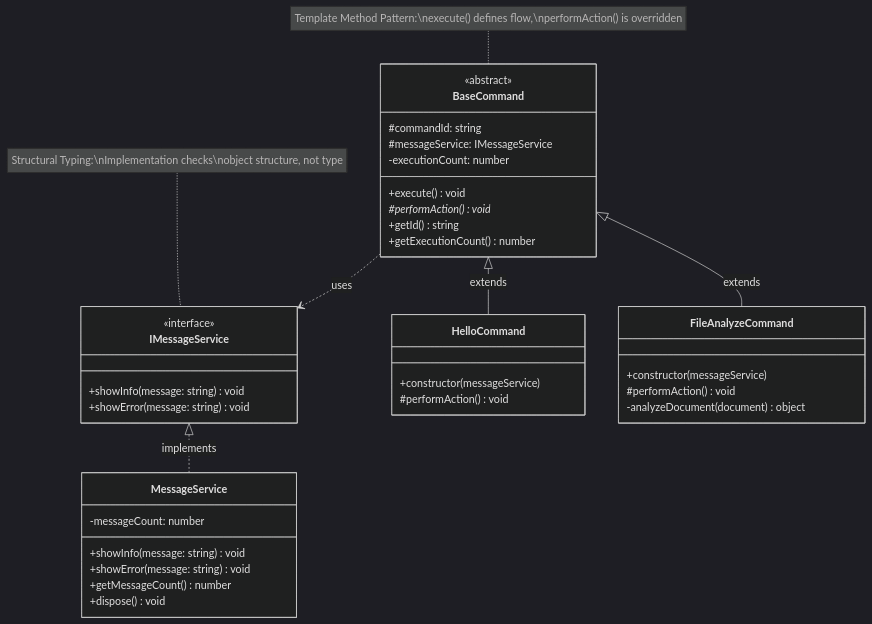
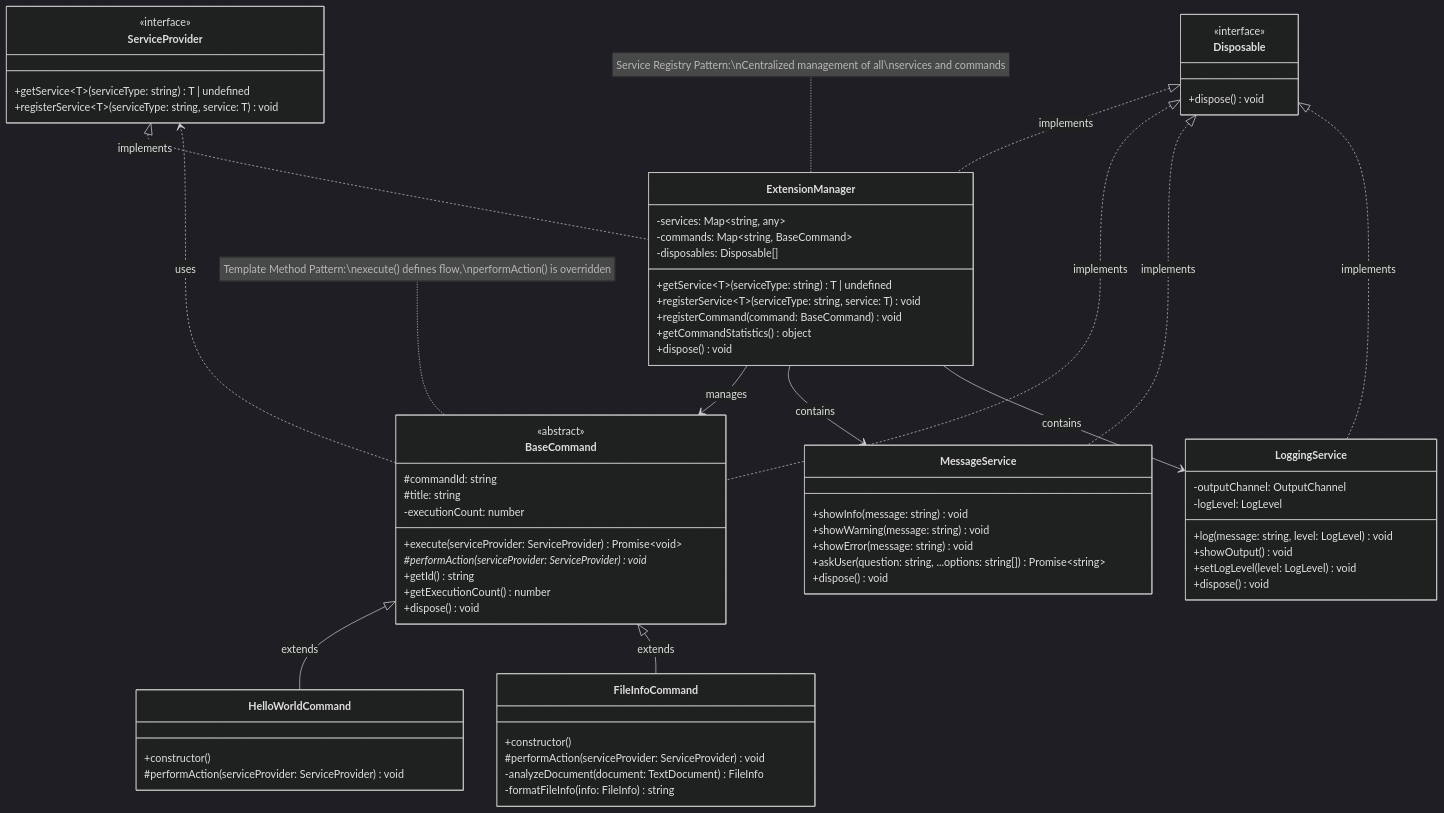
One commit to nanolon/demo changed the second of 3 diagrams in README.md. Above: the diagram before and after it, drawn with Mermaid (dark theme). The commit also changed other lines of this file and 1 other file, not shown here.

````diff
--- a/README.md
+++ b/README.md
@@ -60,46 +105,83 @@
 ```mermaid
 classDiagram
-    class IMessageService {
+    class ServiceProvider {
         <<interface>>
-        +showInfo(message: string) void
-        +showError(message: string) void
+        +getService~T~(serviceType: string) T | undefined
+        +registerService~T~(serviceType: string, service: T) void
     }
     
-    class MessageService {
-        -messageCount: number
-        +showInfo(message: string) void
-        +showError(message: string) void
-        +getMessageCount() number
+    class Disposable {
+        <<interface>>
+        +dispose() void
+    }
+    
+    class ExtensionManager {
+        -services: Map~string, any~
+        -commands: Map~string, BaseCommand~
+        -disposables: Disposable[]
+        +getService~T~(serviceType: string) T | undefined
+        +registerService~T~(serviceType: string, service: T) void
+        +registerCommand(command: BaseCommand) void
+        +getCommandStatistics() object
         +dispose() void
     }
     
     class BaseCommand {
         <<abstract>>
         #commandId: string
-        #messageService: IMessageService
+        #title: string
         -executionCount: number
-        +execute() void
-        #performAction() void*
+        +execute(serviceProvider: ServiceProvider) Promise~void~
+        #performAction(serviceProvider: ServiceProvider) void*
         +getId() string
         +getExecutionCount() number
+        +dispose() void
     }
     
-    class HelloCommand {
-        +constructor(messageService)
-        #performAction() void
+    class MessageService {
+        +showInfo(message: string) void
+        +showWarning(message: string) void
+        +showError(message: string) void
+        +askUser(question: string, ...options: string[]) Promise~string~
+        +dispose() void
     }
     
-    class FileAnalyzeCommand {
-        +constructor(messageService)
-        #performAction() void
-        -analyzeDocument(document) object
+    class LoggingService {
+        -outputChannel: OutputChannel
+        -logLevel: LogLevel
+        +log(message: string, level: LogLevel) void
+        +showOutput() void
+        +setLogLevel(level: LogLevel) void
+        +dispose() void
     }
     
-    IMessageService <|.. MessageService : implements
-    BaseCommand <|-- HelloCommand : extends
-    BaseCommand <|-- FileAnalyzeCommand : extends
-    BaseCommand ..> IMessageService : uses
+    class HelloWorldCommand {
+        +constructor()
+        #performAction(serviceProvider: ServiceProvider) void
+    }
+    
+    class FileInfoCommand {
+        +constructor()
+        #performAction(serviceProvider: ServiceProvider) void
+        -analyzeDocument(document: TextDocument) FileInfo
+        -formatFileInfo(info: FileInfo) string
+    }
+    
+    ServiceProvider <|.. ExtensionManager : implements
+    Disposable <|.. ExtensionManager : implements
+    Disposable <|.. BaseCommand : implements
+    Disposable <|.. MessageService : implements
+    Disposable <|.. LoggingService : implements
+    
+    BaseCommand <|-- HelloWorldCommand : extends
+    BaseCommand <|-- FileInfoCommand : extends
+    
+    ExtensionManager --> BaseCommand : manages
+    ExtensionManager --> MessageService : contains
+    ExtensionManager --> LoggingService : contains
+    
+    BaseCommand ..> ServiceProvider : uses
     
     note for BaseCommand "Template Method Pattern:\nexecute() defines flow,\nperformAction() is overridden"
-    note for IMessageService "Structural Typing:\nImplementation checks\nobject structure, not type"
+    note for ExtensionManager "Service Registry Pattern:\nCentralized management of all\nservices and commands"
 ```
````
